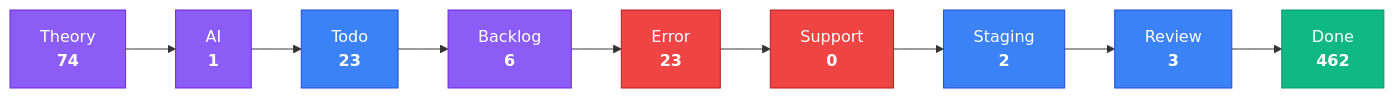
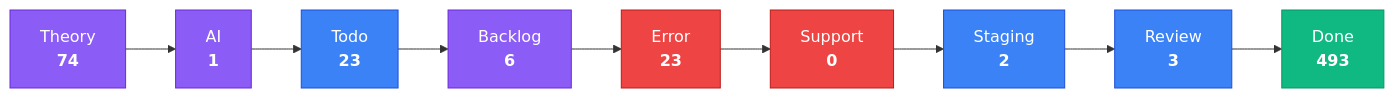
Before and after one commit to KBVE/kbve: the third of 4 diagrams in apps/kbve/astro-kbve/src/content/docs/dashboard/kanban-data.mdx, drawn with Mermaid. The commit also changed other lines of this file and 2 other files, not shown here.

````diff
--- a/apps/kbve/astro-kbve/src/content/docs/dashboard/kanban-data.mdx
+++ b/apps/kbve/astro-kbve/src/content/docs/dashboard/kanban-data.mdx
@@ -215,28 +215,28 @@
 ```mermaid
 flowchart LR
     classDef planning fill:#8b5cf6,stroke:#6d28d9,color:#fff
     classDef active fill:#3b82f6,stroke:#1d4ed8,color:#fff
     classDef blocked fill:#ef4444,stroke:#b91c1c,color:#fff
     classDef done fill:#10b981,stroke:#059669,color:#fff
     Theory["Theory<br/><strong>74</strong>"]
     Theory --> AI
     AI["AI<br/><strong>1</strong>"]
     AI --> Todo
     Todo["Todo<br/><strong>23</strong>"]
     Todo --> Backlog
     Backlog["Backlog<br/><strong>6</strong>"]
     Backlog --> Error
     Error["Error<br/><strong>23</strong>"]
     Error --> Support
     Support["Support<br/><strong>0</strong>"]
     Support --> Staging
     Staging["Staging<br/><strong>2</strong>"]
     Staging --> Review
     Review["Review<br/><strong>3</strong>"]
     Review --> Done
-    Done["Done<br/><strong>462</strong>"]
+    Done["Done<br/><strong>493</strong>"]
     class Theory,AI,Backlog planning
     class Todo,Staging,Review active
     class Error,Support blocked
     class Done done
 ```
````
